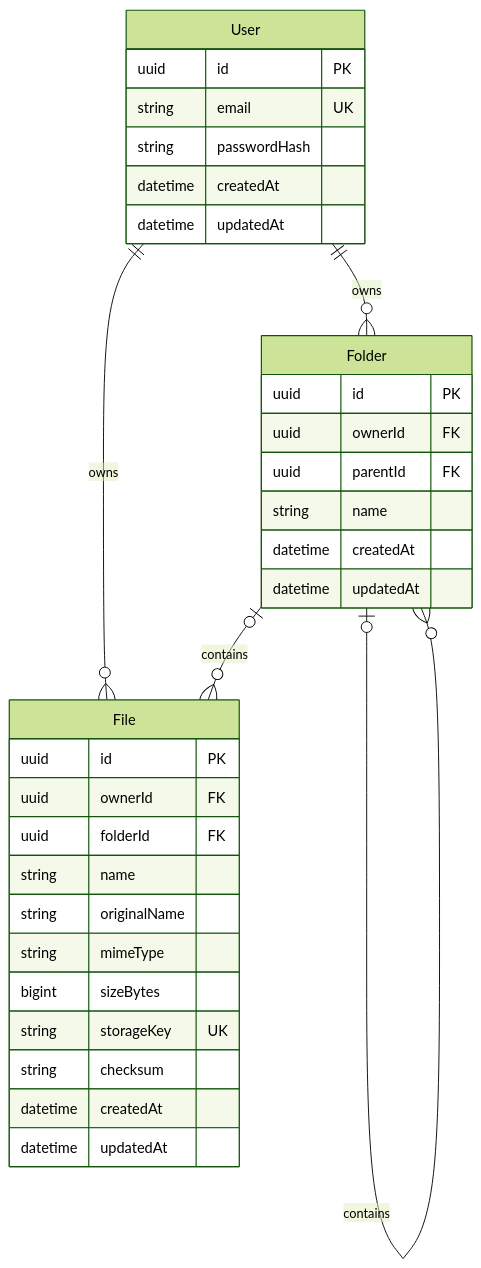
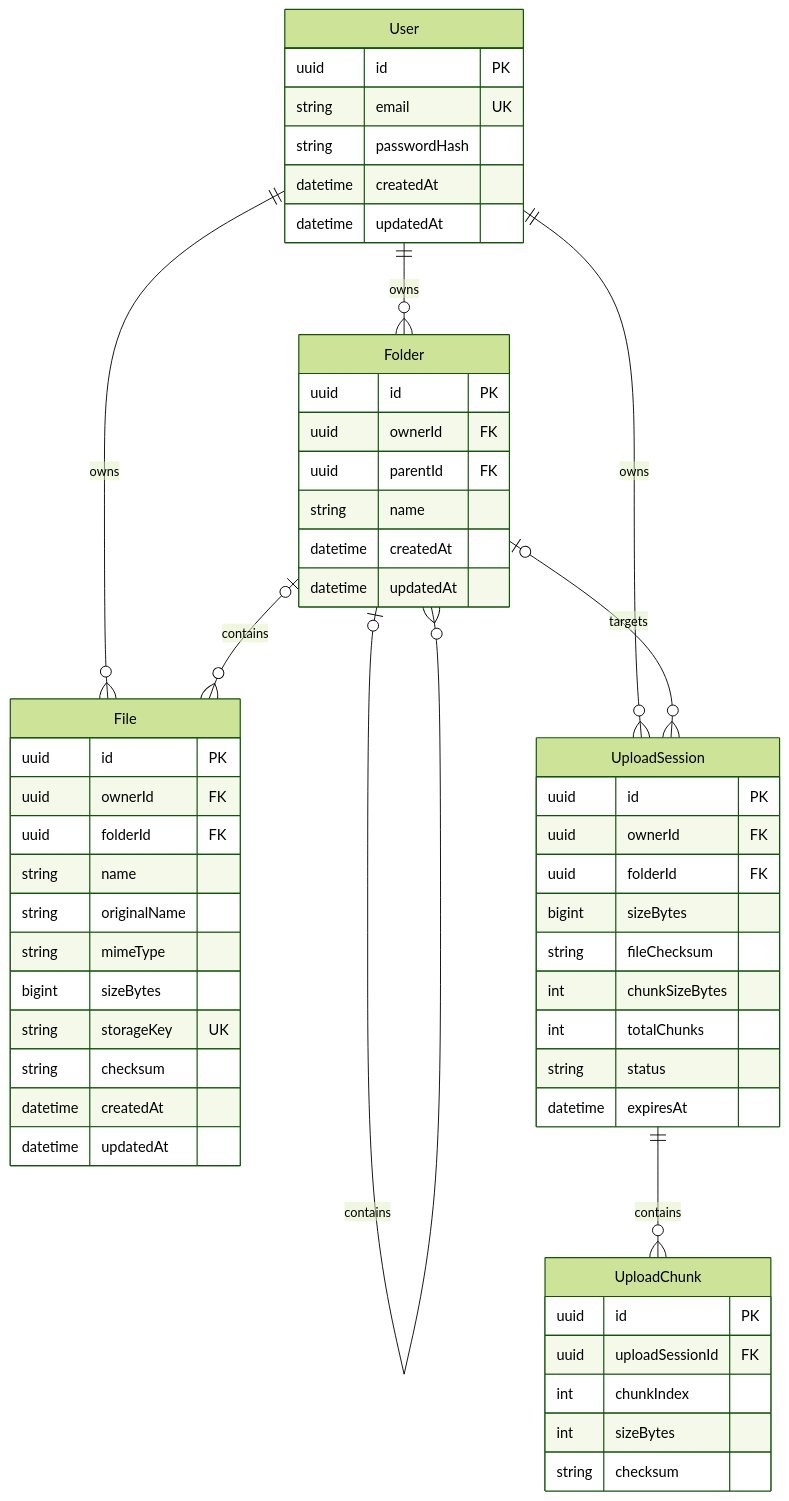
The second of 2 diagrams in README.md (LutaoZheng/DepotDrive), drawn with Mermaid (forest theme) before and after one commit. The commit also changed other lines of this file and 29 other files, not shown here.

````diff
--- a/README.md
+++ b/README.md
@@ -37,38 +38,61 @@
 ```mermaid
 erDiagram
   User ||--o{ Folder : owns
   User ||--o{ File : owns
+  User ||--o{ UploadSession : owns
   Folder o|--o{ Folder : contains
   Folder o|--o{ File : contains
+  Folder o|--o{ UploadSession : targets
+  UploadSession ||--o{ UploadChunk : contains
 
   User {
     uuid id PK
     string email UK
     string passwordHash
     datetime createdAt
     datetime updatedAt
   }
 
   Folder {
     uuid id PK
     uuid ownerId FK
     uuid parentId FK
     string name
     datetime createdAt
     datetime updatedAt
   }
 
   File {
     uuid id PK
     uuid ownerId FK
     uuid folderId FK
     string name
     string originalName
     string mimeType
     bigint sizeBytes
     string storageKey UK
     string checksum
     datetime createdAt
     datetime updatedAt
   }
+
+  UploadSession {
+    uuid id PK
+    uuid ownerId FK
+    uuid folderId FK
+    bigint sizeBytes
+    string fileChecksum
+    int chunkSizeBytes
+    int totalChunks
+    string status
+    datetime expiresAt
+  }
+
+  UploadChunk {
+    uuid id PK
+    uuid uploadSessionId FK
+    int chunkIndex
+    int sizeBytes
+    string checksum
+  }
 ```
````
